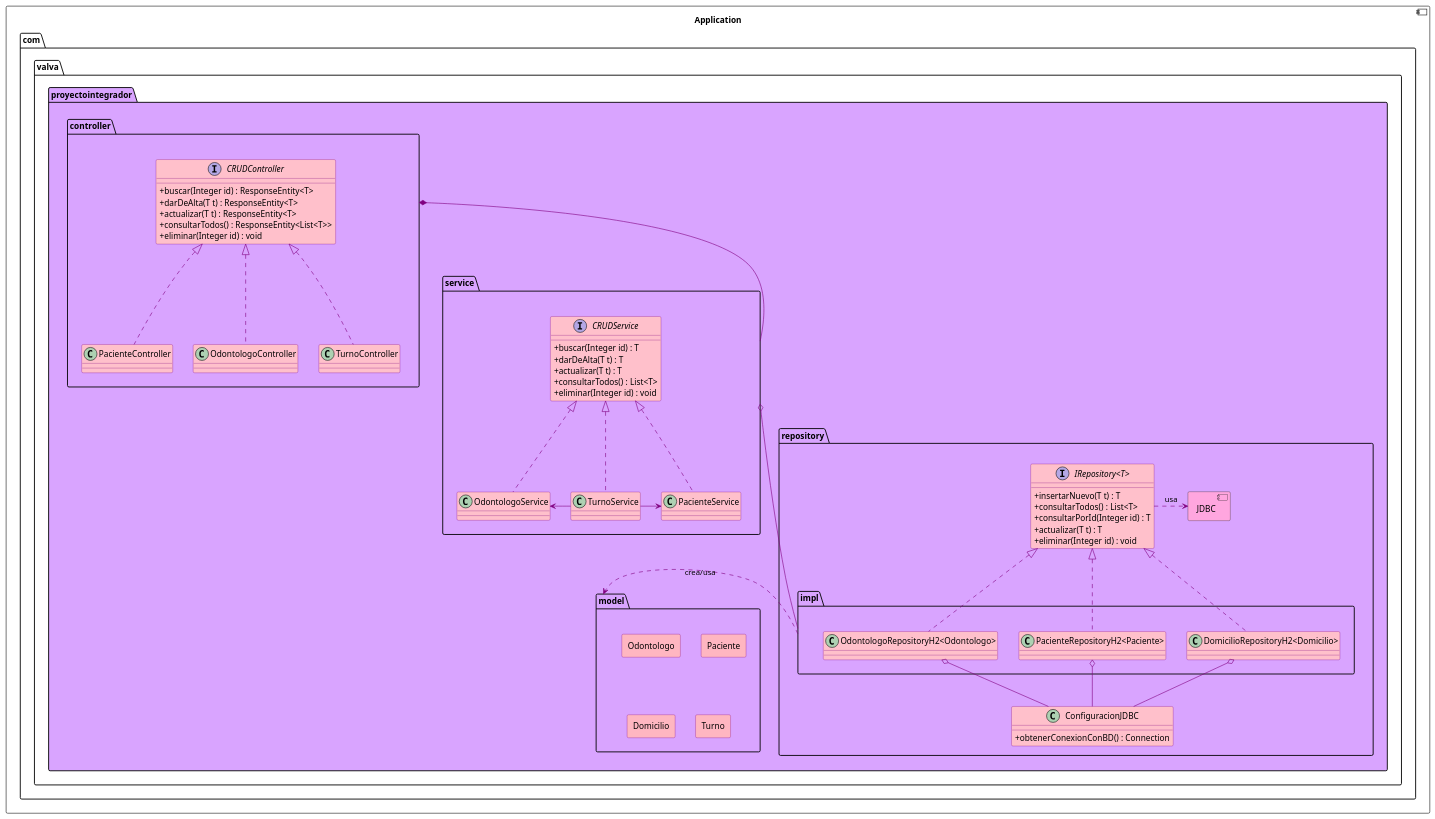
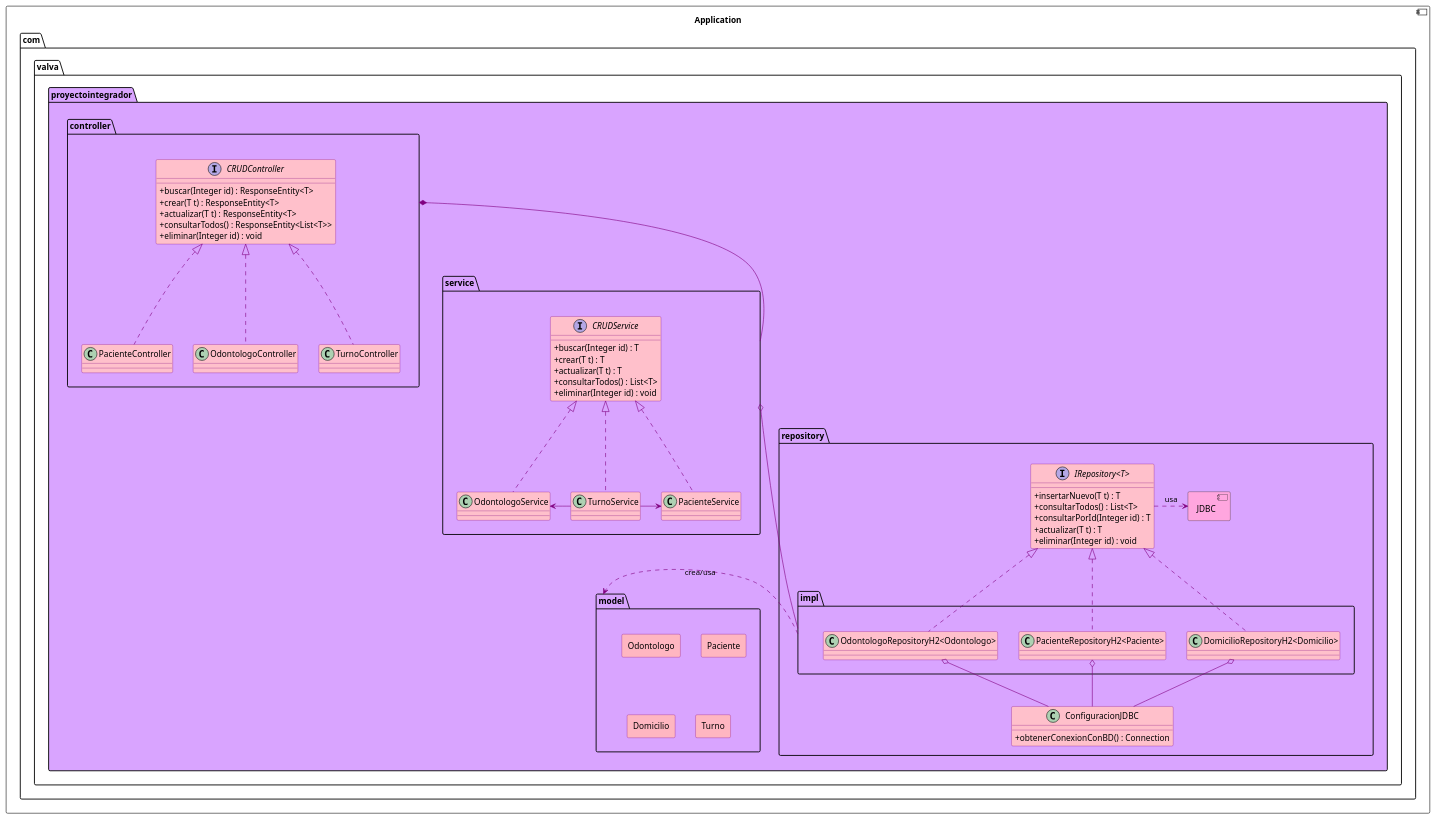
Before and after one commit to valva-ro/CTD-BE1-proyecto-integrador: the diagram in diagrama-de-clase.puml, drawn with PlantUML. The commit also changed 1 other file, not shown here.

```diff
--- a/diagrama-de-clase.puml
+++ b/diagrama-de-clase.puml
@@ -1,105 +1,105 @@
 @startuml
 allowmixing
 
 skinparam database {
     BorderColor pink
     BackgroundColor purple
     ArrowColor purple
     FontColor pink
 }
 
 skinparam rectangle {
     BorderColor purple
     BackgroundColor lightpink
     ArrowColor purple
 }
 
 skinparam class {
     BorderColor purple
     BackgroundColor pink
     ArrowColor purple
     AttributeIconSize 0
 }
 
 skinparam note {
     BorderColor darkslateblue
     BackgroundColor #90c0f0
     FontColor darkslateblue
 }
 
 component Application {
     package com.valva.proyectointegrador #d9a4ff {
 
         package repository {
             interface "IRepository<T>"{
                 + insertarNuevo(T t) : T
                 + consultarTodos() : List<T>
                 + consultarPorId(Integer id) : T
                 + actualizar(T t) : T
                 + eliminar(Integer id) : void
             }
 
             package impl {
                 class "OdontologoRepositoryH2<Odontologo>"
                 class "PacienteRepositoryH2<Paciente>"
                 class "DomicilioRepositoryH2<Domicilio>"
             }
 
             class ConfiguracionJDBC {
                 + obtenerConexionConBD() : Connection
             }
 
             component JDBC #ffa6df
         }
 
         package service {
 
             interface CRUDService {
                 + buscar(Integer id) : T
-                + darDeAlta(T t) : T
+                + crear(T t) : T
                 + actualizar(T t) : T
                 + consultarTodos() : List<T>
                 + eliminar(Integer id) : void
             }
 
             class PacienteService implements CRUDService
             class TurnoService implements CRUDService
             class OdontologoService implements CRUDService
             TurnoService -l> OdontologoService
             TurnoService -r> PacienteService
         }
 
         package controller {
                     interface CRUDController {
                         + buscar(Integer id) : ResponseEntity<T>
-                        + darDeAlta(T t) : ResponseEntity<T>
+                        + crear(T t) : ResponseEntity<T>
                         + actualizar(T t) : ResponseEntity<T>
                         + consultarTodos() : ResponseEntity<List<T>>
                         + eliminar(Integer id) : void
                     }
                     class PacienteController implements CRUDController
                     class OdontologoController  implements CRUDController
                     class TurnoController implements CRUDController
                 }
 
         package model {
             rectangle Odontologo
             rectangle Paciente
             rectangle Domicilio
             rectangle Turno
         }
 
         controller *-- service
         impl .> model : crea/usa
         service o--- impl
         "IRepository<T>" <|.. "OdontologoRepositoryH2<Odontologo>"
         "IRepository<T>" <|.. "PacienteRepositoryH2<Paciente>"
         "IRepository<T>" <|.. "DomicilioRepositoryH2<Domicilio>"
         "IRepository<T>" .> JDBC : usa
         "OdontologoRepositoryH2<Odontologo>" o-- ConfiguracionJDBC
         "PacienteRepositoryH2<Paciente>" o-- ConfiguracionJDBC
         "DomicilioRepositoryH2<Domicilio>" o-- ConfiguracionJDBC
     }
 
 }
 @enduml
```
